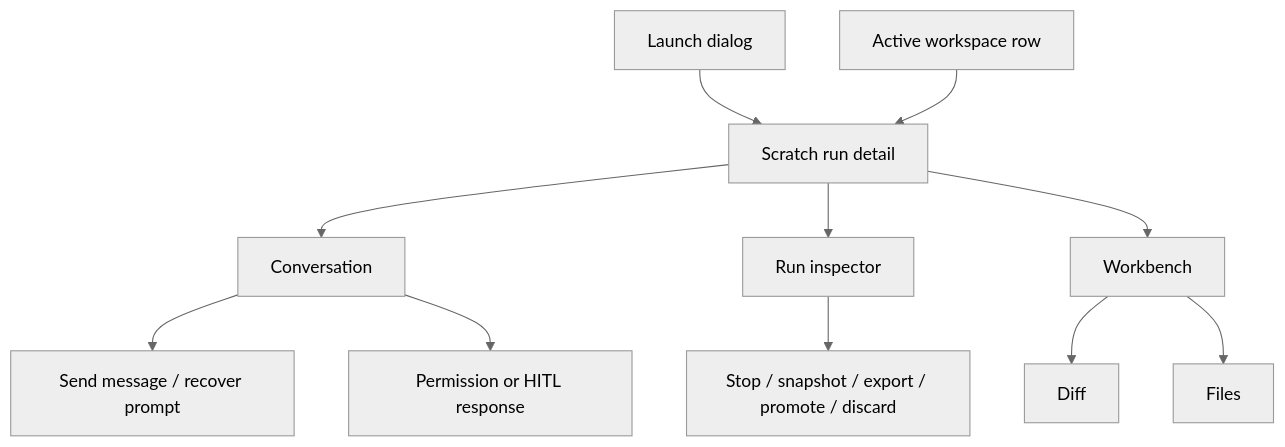
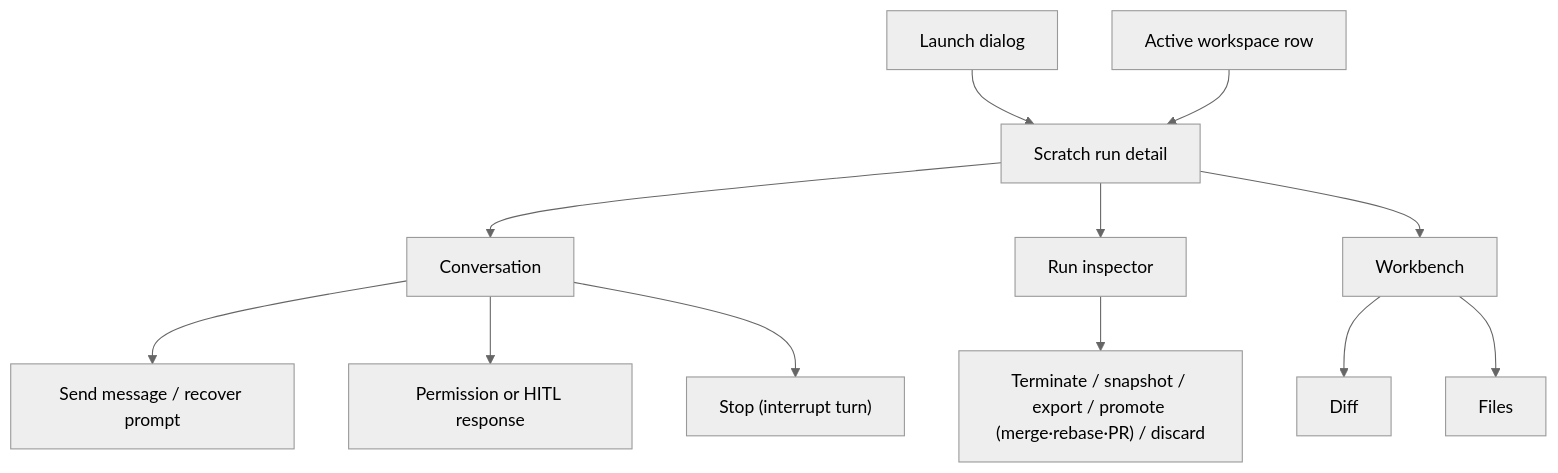
The first of 2 diagrams in docs/screens/runs/scratch-run.md (maister-dev/maister), drawn with Mermaid (neutral theme) before and after one commit. The commit also changed other lines of this file and 37 other files, not shown here.

First line of the commit message:
feat(runs): live cost, turn-interrupt, base branch & untracked changes

````diff
--- a/docs/screens/runs/scratch-run.md
+++ b/docs/screens/runs/scratch-run.md
@@ -51,13 +55,14 @@
 ```mermaid
 flowchart TD
     Launch["Launch dialog"] --> Scratch["Scratch run detail"]
     Workspace["Active workspace row"] --> Scratch
     Scratch --> Conversation["Conversation"]
     Scratch --> Inspector["Run inspector"]
     Scratch --> Workbench["Workbench"]
     Conversation --> Message["Send message / recover prompt"]
     Conversation --> Permission["Permission or HITL response"]
-    Inspector --> Actions["Stop / snapshot / export / promote / discard"]
+    Conversation --> Interrupt["Stop (interrupt turn)"]
+    Inspector --> Actions["Terminate / snapshot / export / promote (merge·rebase·PR) / discard"]
     Workbench --> Diff["Diff"]
     Workbench --> Files["Files"]
 ```
````
